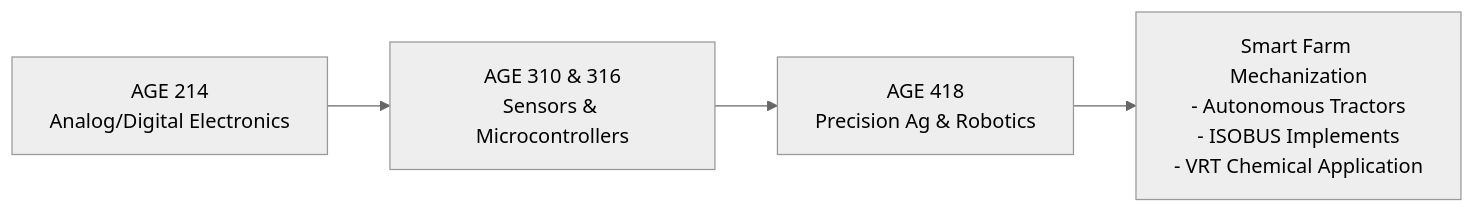
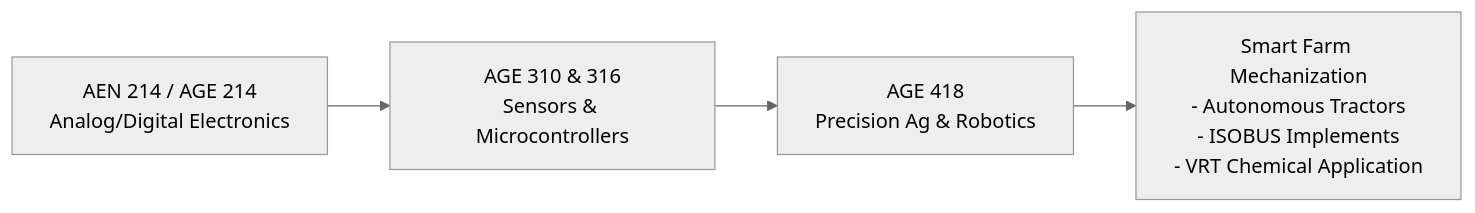
The second of 4 diagrams in README.md (kadefue/Course_Notes), drawn with Mermaid (neutral theme) before and after one commit. The commit also changed other lines of this file, not shown here.

````diff
--- a/README.md
+++ b/README.md
@@ -134,6 +150,6 @@
 ```mermaid
 flowchart LR
-    A["AGE 214\nAnalog/Digital Electronics"] --> B["AGE 310 & 316\nSensors & Microcontrollers"]
+    A["AEN 214 / AGE 214\nAnalog/Digital Electronics"] --> B["AGE 310 & 316\nSensors & Microcontrollers"]
     B --> C["AGE 418\nPrecision Ag & Robotics"]
     C --> D["Smart Farm Mechanization\n- Autonomous Tractors\n- ISOBUS Implements\n- VRT Chemical Application"]
 ```
````
